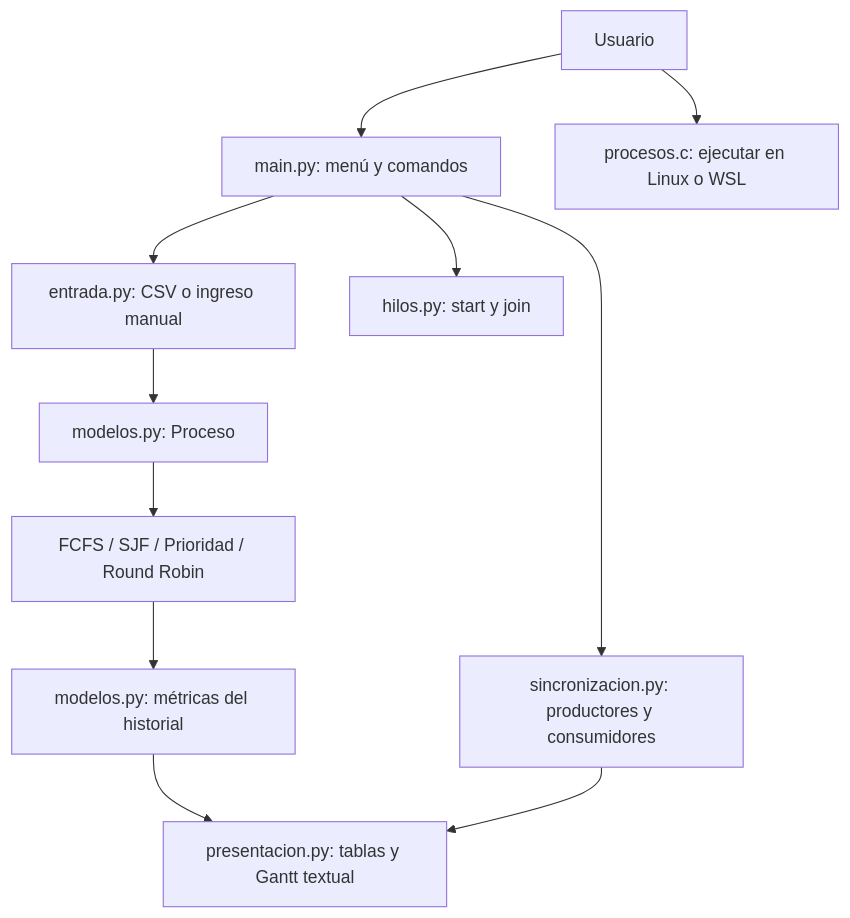
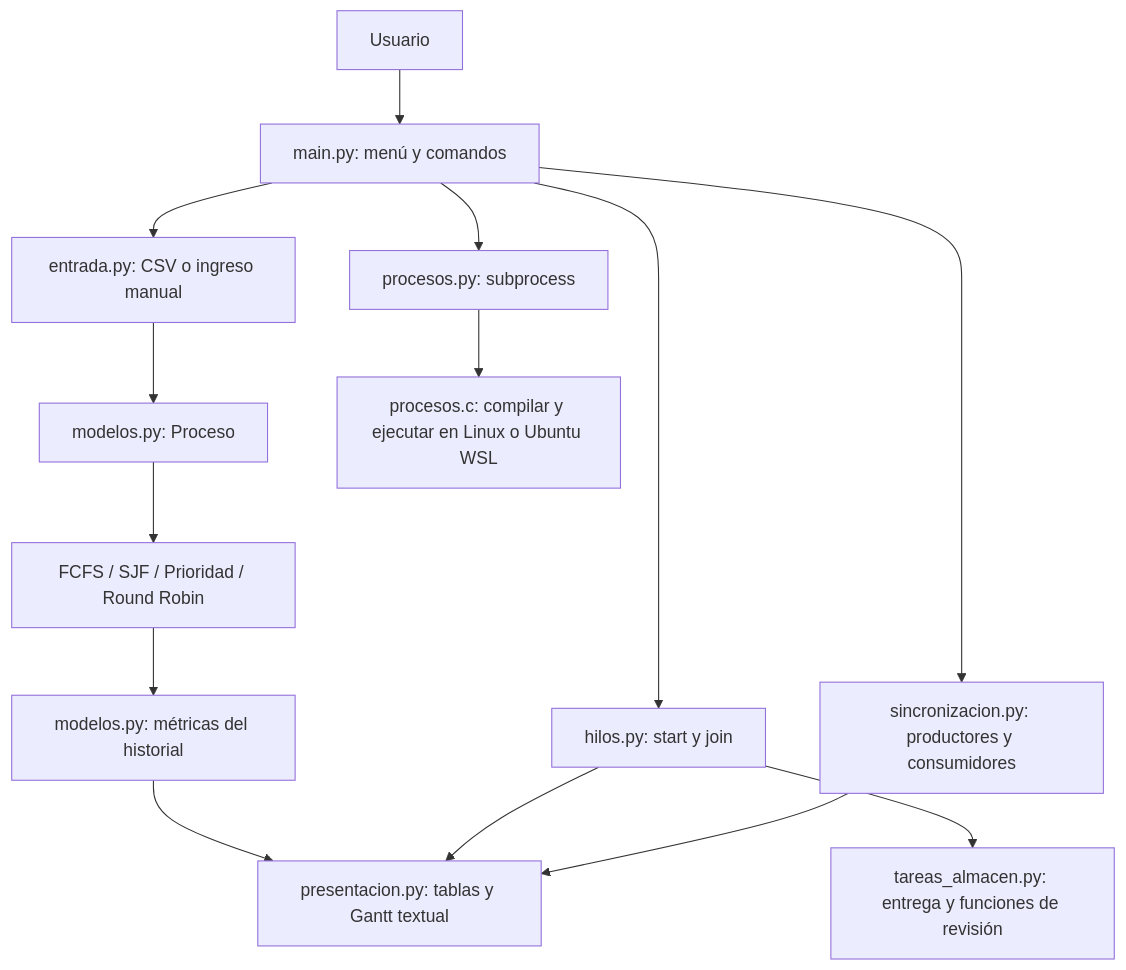
Before and after one commit to pierotrujilloc-wq/so-sim: the diagram in docs/arquitectura.md, drawn with Mermaid. The commit also changed other lines of this file and 14 other files, not shown here.

````diff
--- a/docs/arquitectura.md
+++ b/docs/arquitectura.md
@@ -38,13 +38,16 @@
 ```mermaid
 flowchart TD
     Usuario[Usuario] --> Consola[main.py: menú y comandos]
     Consola --> Entrada[entrada.py: CSV o ingreso manual]
     Entrada --> Datos[modelos.py: Proceso]
     Datos --> Algoritmos[FCFS / SJF / Prioridad / Round Robin]
     Algoritmos --> Metricas[modelos.py: métricas del historial]
     Metricas --> Salida[presentacion.py: tablas y Gantt textual]
     Consola --> Hilos[hilos.py: start y join]
+    Hilos --> Tareas[tareas_almacen.py: entrega y funciones de revisión]
+    Hilos --> Salida
     Consola --> Sincronizacion[sincronizacion.py: productores y consumidores]
     Sincronizacion --> Salida
-    Usuario --> C[procesos.c: ejecutar en Linux o WSL]
+    Consola --> Puente[procesos.py: subprocess]
+    Puente --> C[procesos.c: compilar y ejecutar en Linux o Ubuntu WSL]
 ```
````
